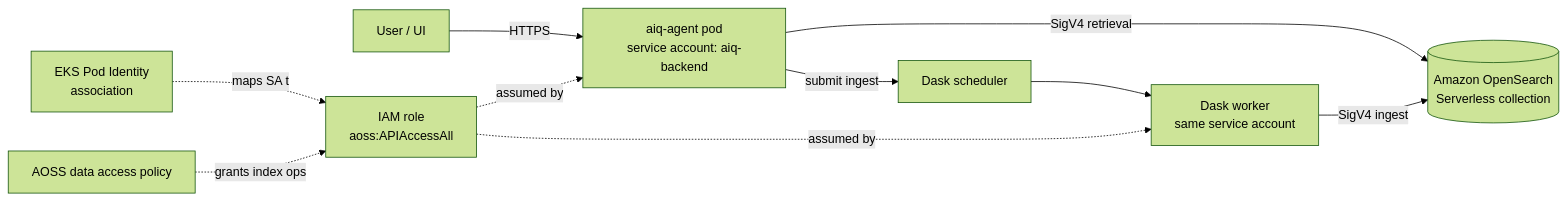
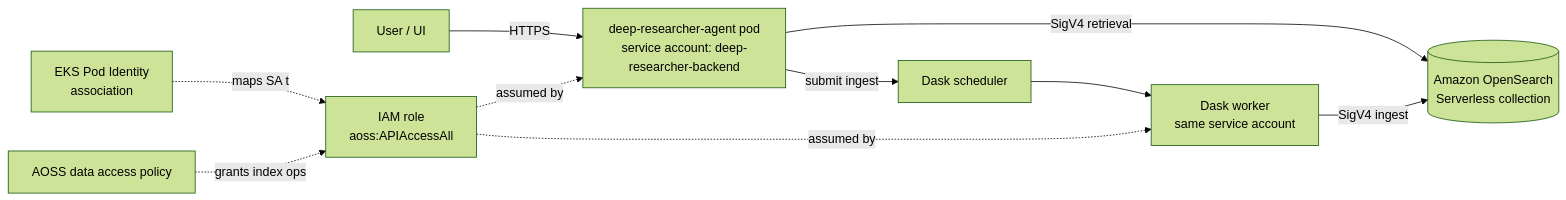
The diagram in docs/source/deployment/aws-opensearch-serverless.md (NVIDIA-AI-Blueprints/aiq), drawn with Mermaid (forest theme) before and after one commit. The commit also changed other lines of this file and 985 other files, not shown here.

First line of the commit message:
chore: complete rename of AIQ to Deep Researcher Agent

````diff
--- a/docs/source/deployment/aws-opensearch-serverless.md
+++ b/docs/source/deployment/aws-opensearch-serverless.md
@@ -23,12 +23,12 @@
 ```{mermaid}
 flowchart LR
-    user[User / UI] -->|HTTPS| backend[aiq-agent pod<br/>service account: aiq-backend]
+    user[User / UI] -->|HTTPS| backend[deep-researcher-agent pod<br/>service account: deep-researcher-backend]
     backend -->|submit ingest| dask_sched[Dask scheduler]
     dask_sched --> dask_worker[Dask worker<br/>same service account]
     backend -->|SigV4 retrieval| aoss[(Amazon OpenSearch<br/>Serverless collection)]
     dask_worker -->|SigV4 ingest| aoss
     pod_identity[EKS Pod Identity<br/>association] -.maps SA to.-> iam[IAM role<br/>aoss:APIAccessAll]
     iam -.assumed by.-> backend
     iam -.assumed by.-> dask_worker
     aoss_dap[AOSS data access policy] -.grants index ops.-> iam
 ```
````
